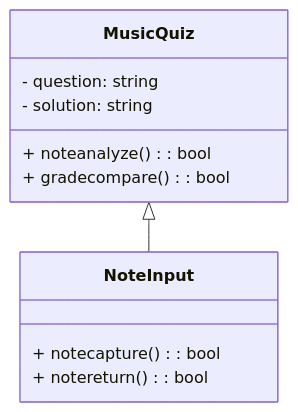
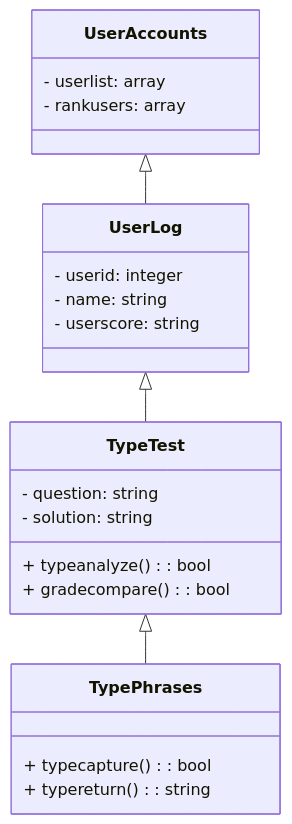
The diagram in README.md (aaronrobinsona/tippitytappity-design), drawn with Mermaid before and after one commit.

````diff
--- a/README.md
+++ b/README.md
@@ -6,15 +6,26 @@
 ```mermaid
 classDiagram
-  MusicQuiz <|-- NoteInput
-    class MusicQuiz{
+  TypeTest <|-- TypePhrases
+  UserAccounts <|-- UserLog
+  UserLog <|-- TypeTest
+    class TypeTest{
       - question: string
       - solution: string
-      + noteanalyze(): bool
+      + typeanalyze(): bool
       + gradecompare(): bool
 }
-    class NoteInput{
-      + notecapture(): bool
-      + notereturn(): bool
+    class TypePhrases{
+      + typecapture(): bool
+      + typereturn(): string
+}
+    class UserLog{
+      - userid: integer
+      - name: string
+      - userscore: string
+  }
+    class UserAccounts{
+      - userlist: array
+      - rankusers: array
 }
 
 ```
````
